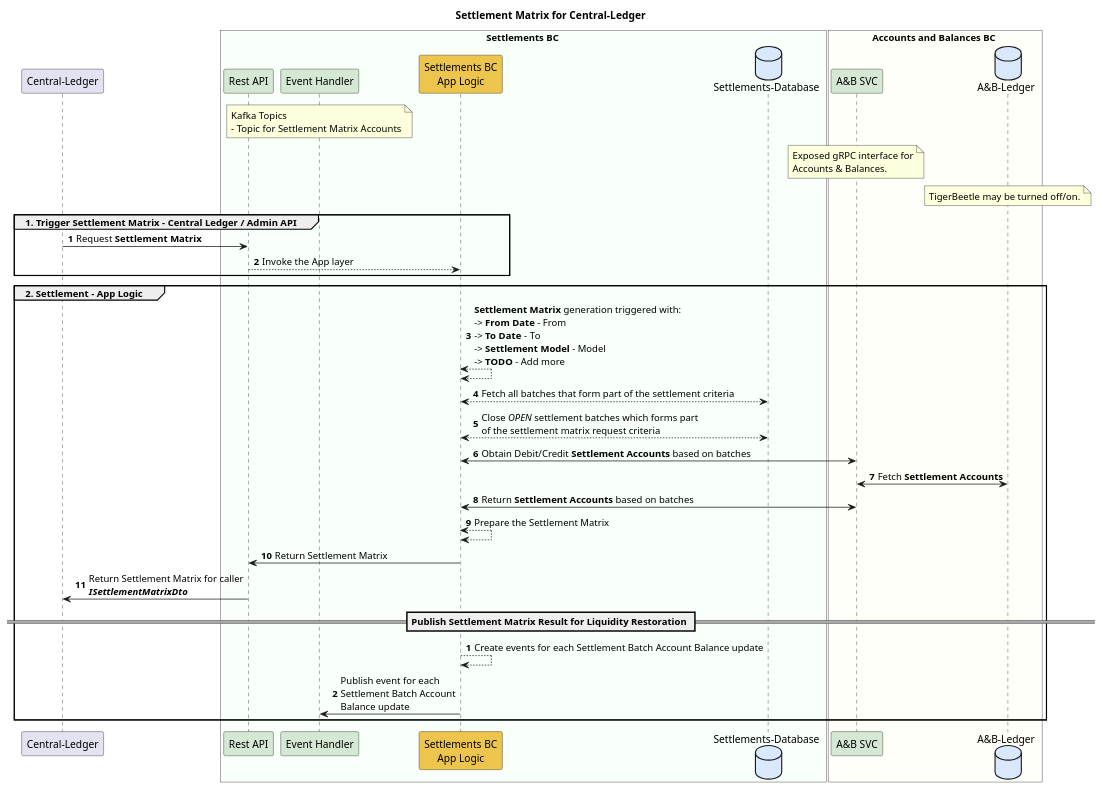
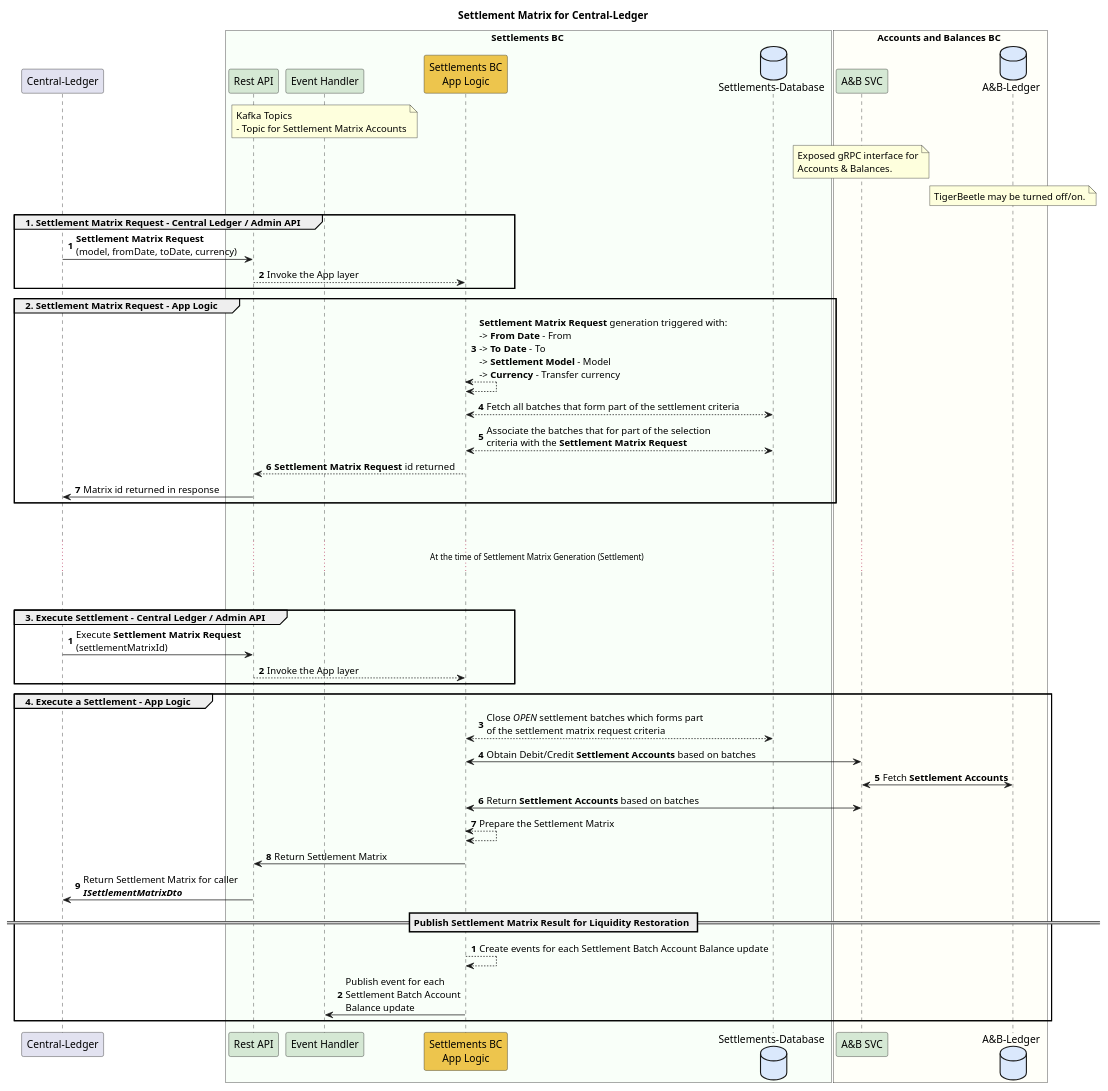
The diagram in docs/flows/02-settlement-matrix-cl.puml (mojaloop/settlements-bc), drawn with PlantUML before and after one commit.

Commit message:
Update settlement matrix process.

```diff
--- a/docs/flows/02-settlement-matrix-cl.puml
+++ b/docs/flows/02-settlement-matrix-cl.puml
@@ -1,52 +1,68 @@
 @startuml
 
 title Settlement Matrix for Central-Ledger
 
 participant "Central-Ledger" as ext_cl
 
 box Settlements BC #F9FFF9
     participant "Rest API" as sbc_rest #D5E8D4
     participant "Event Handler" as sbc_event #D5E8D4
     note over sbc_event
         Kafka Topics
         - Topic for Settlement Matrix Accounts
     end note
     participant "Settlements BC\nApp Logic" as sbc_app_logic #EDC54D
     database "Settlements-Database" as sbc_db #DAE8FC
 end box
 
 box Accounts and Balances BC #FFFFF9
     participant "A&B SVC" as abbc_grpc #D5E8D4
     database "A&B-Ledger" as abbc_tigerbeetle #DAE8FC
     note over abbc_grpc
         Exposed gRPC interface for
         Accounts & Balances.
     end note
     note over abbc_tigerbeetle
         TigerBeetle may be turned off/on.
     end note
 end box
 
-group 1. Trigger Settlement Matrix - Central Ledger / Admin API
+group 1. Settlement Matrix Request - Central Ledger / Admin API
 autonumber
-    ext_cl -> sbc_rest : Request **Settlement Matrix**
+    ext_cl -> sbc_rest : **Settlement Matrix Request**\n(model, fromDate, toDate, currency)
     sbc_rest --> sbc_app_logic : Invoke the App layer
 end
 
-group 2. Settlement - App Logic
-    sbc_app_logic <--> sbc_app_logic: **Settlement Matrix** generation triggered with:\n-> **From Date** - From\n-> **To Date** - To\n-> **Settlement Model** - Model\n-> **TODO** - Add more
+group 2. Settlement Matrix Request - App Logic
+    sbc_app_logic <--> sbc_app_logic: **Settlement Matrix Request** generation triggered with:\n-> **From Date** - From\n-> **To Date** - To\n-> **Settlement Model** - Model\n-> **Currency** - Transfer currency
     sbc_app_logic <--> sbc_db : Fetch all batches that form part of the settlement criteria
+    sbc_app_logic <--> sbc_db : Associate the batches that for part of the selection \ncriteria with the **Settlement Matrix Request**
+    sbc_app_logic --> sbc_rest : **Settlement Matrix Request** id returned
+    sbc_rest -> ext_cl : Matrix id returned in response
+end
+
+||45||
+...At the time of Settlement Matrix Generation (Settlement) ...
+||45||
+
+group 3. Execute Settlement - Central Ledger / Admin API
+autonumber
+    ext_cl -> sbc_rest : Execute **Settlement Matrix Request**\n(settlementMatrixId)
+    sbc_rest --> sbc_app_logic : Invoke the App layer
+end
+
+group 4. Execute a Settlement - App Logic
     sbc_app_logic <--> sbc_db : Close //OPEN// settlement batches which forms part \nof the settlement matrix request criteria
     sbc_app_logic <-> abbc_grpc : Obtain Debit/Credit **Settlement Accounts** based on batches
     abbc_grpc <-> abbc_tigerbeetle: Fetch **Settlement Accounts**
     abbc_grpc <-> sbc_app_logic : Return **Settlement Accounts** based on batches
     sbc_app_logic <--> sbc_app_logic : Prepare the Settlement Matrix
     sbc_app_logic -> sbc_rest : Return Settlement Matrix
     sbc_rest -> ext_cl : Return Settlement Matrix for caller\n**//ISettlementMatrixDto//**
 autonumber
     == Publish Settlement Matrix Result for Liquidity Restoration ==
     sbc_app_logic --> sbc_app_logic : Create events for each Settlement Batch Account Balance update
     sbc_app_logic -> sbc_event : Publish event for each\nSettlement Batch Account\nBalance update
 end
 
 @enduml
```
